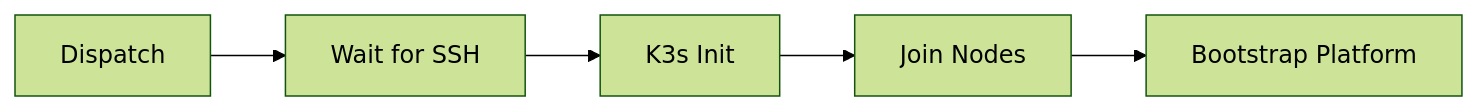
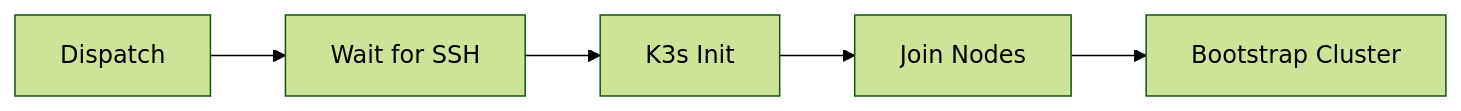
Before and after one commit to Starktastic-Homelab/.github: the fifth of 6 diagrams in profile/README.md, drawn with Mermaid (forest theme). The commit also changed other lines of this file, not shown here.

First line of the commit message:
refactor: update org profile for platform → apps rename

````diff
--- a/profile/README.md
+++ b/profile/README.md
@@ -146,7 +146,7 @@
 ```mermaid
 flowchart LR
     Dispatch[Dispatch] --> SSH[Wait for SSH]
     SSH --> Init[K3s Init]
     Init --> Join[Join Nodes]
-    Join --> Bootstrap[Bootstrap Platform]
+    Join --> Bootstrap[Bootstrap Cluster]
 ```
````
